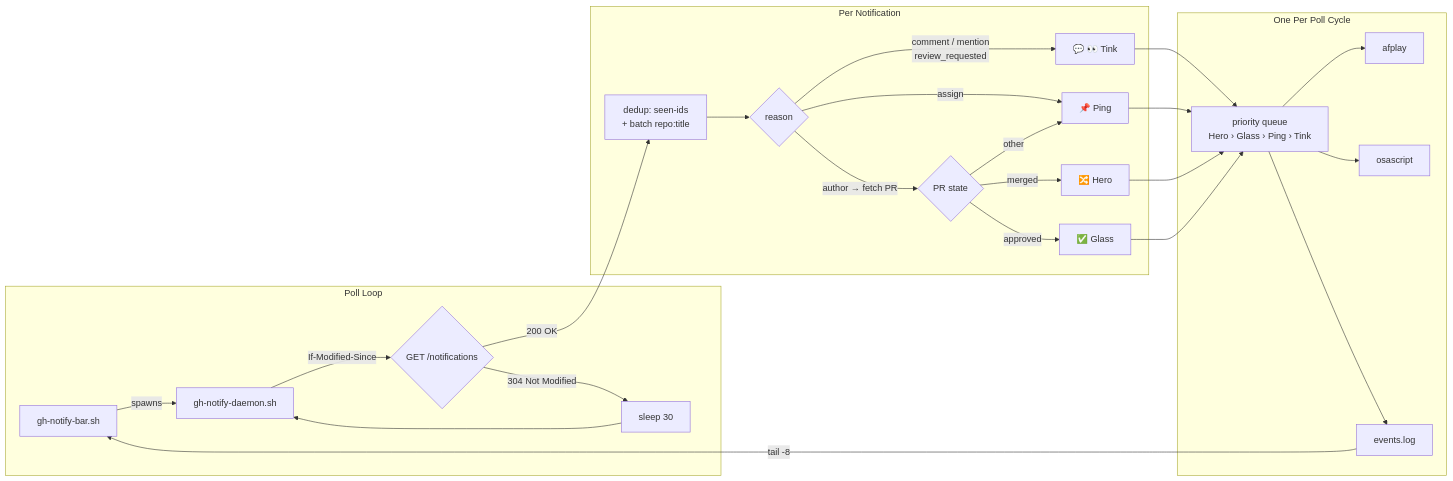
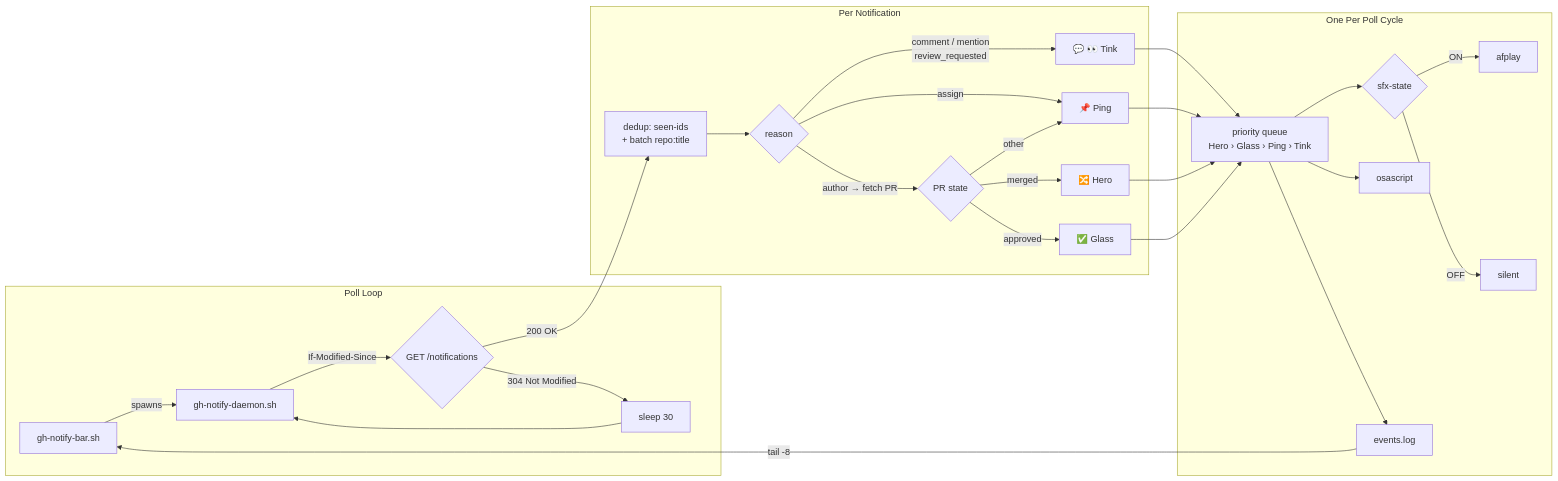
One commit to joryeugene/gh-notify changed the diagram in README.md. Above: the diagram before and after it, drawn with Mermaid. The commit also changed other lines of this file and 3 other files, not shown here.

````diff
--- a/README.md
+++ b/README.md
@@ -72,32 +74,34 @@
 ```mermaid
 flowchart LR
     subgraph loop["Poll Loop"]
         BAR[gh-notify-bar.sh] -->|spawns| DAEMON[gh-notify-daemon.sh]
         DAEMON -->|If-Modified-Since| POLL{GET /notifications}
         POLL -->|304 Not Modified| SLEEP[sleep 30]
         SLEEP --> DAEMON
     end
 
     subgraph classify["Per Notification"]
         FILTER["dedup: seen-ids\n+ batch repo:title"] --> R{reason}
         R -->|"comment / mention\nreview_requested"| TINK["💬 👀  Tink"]
         R -->|assign| PING["📌 Ping"]
         R -->|author → fetch PR| STATE{PR state}
         STATE -->|merged| HERO["🔀 Hero"]
         STATE -->|approved| GLASS["✅ Glass"]
         STATE -->|other| PING
     end
 
     subgraph dispatch["One Per Poll Cycle"]
-        Q["priority queue\nHero › Glass › Ping › Tink"] --> SOUND[afplay]
+        Q["priority queue\nHero › Glass › Ping › Tink"] --> GATE{sfx-state}
+        GATE -->|ON| SOUND[afplay]
+        GATE -->|OFF| MUTE[silent]
         Q --> POPUP[osascript]
         Q --> LOG[events.log]
     end
 
     POLL -->|200 OK| FILTER
     TINK --> Q
     PING --> Q
     HERO --> Q
     GLASS --> Q
     LOG -->|tail -8| BAR
 ```
````
